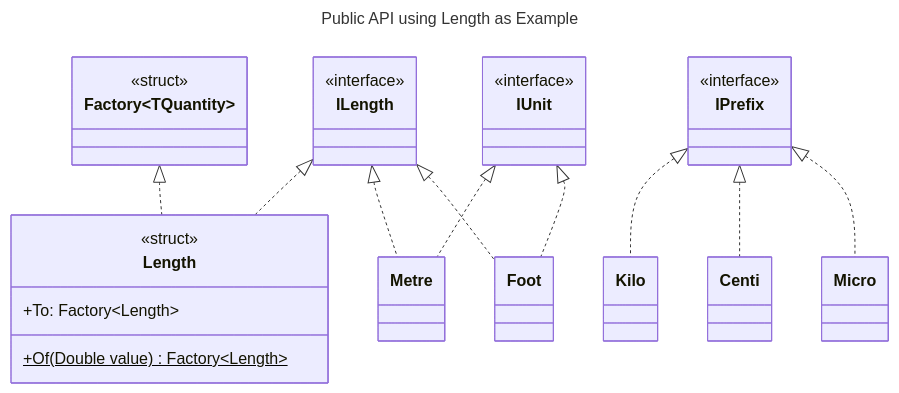
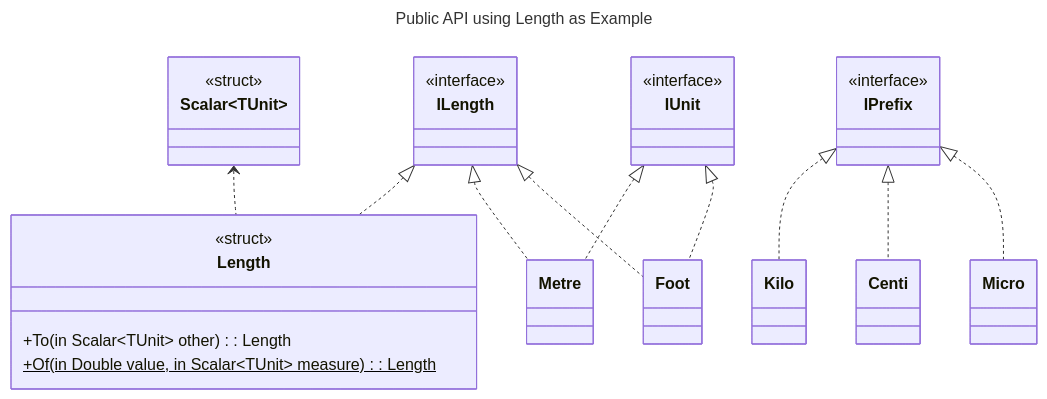
Before and after one commit to atmoos/Quantities: the first of 2 diagrams in documentation/Design.md, drawn with Mermaid. The commit also changed other lines of this file and 3 other files, not shown here.

````diff
--- a/documentation/Design.md
+++ b/documentation/Design.md
@@ -99,32 +120,32 @@
 ```mermaid
 ---
 title: Public API using Length as Example
 ---
 classDiagram
-    class Factory~TQuantity~{
+    class Scalar~TUnit~{
         <<struct>>
     }
     class ILength{
         <<interface>>
     }
     class IPrefix{
         <<interface>>
     }
     class IUnit{
         <<interface>>
     }
     class Length{
         <<struct>>
-        +To: Factory~Length~
-        +Of(Double value)$ Factory~Length~
+        +To(in Scalar~TUnit~ other): Length
+        +Of(in Double value, in Scalar~TUnit~ measure): Length$
     }
-    Factory <|.. Length
+    Scalar <.. Length
     ILength <|.. Length
     IUnit <|.. Metre
     ILength <|.. Metre
     IUnit <|.. Foot
     ILength <|.. Foot
     IPrefix <|.. Kilo
     IPrefix <|.. Centi
     IPrefix <|.. Micro
 ```
````
